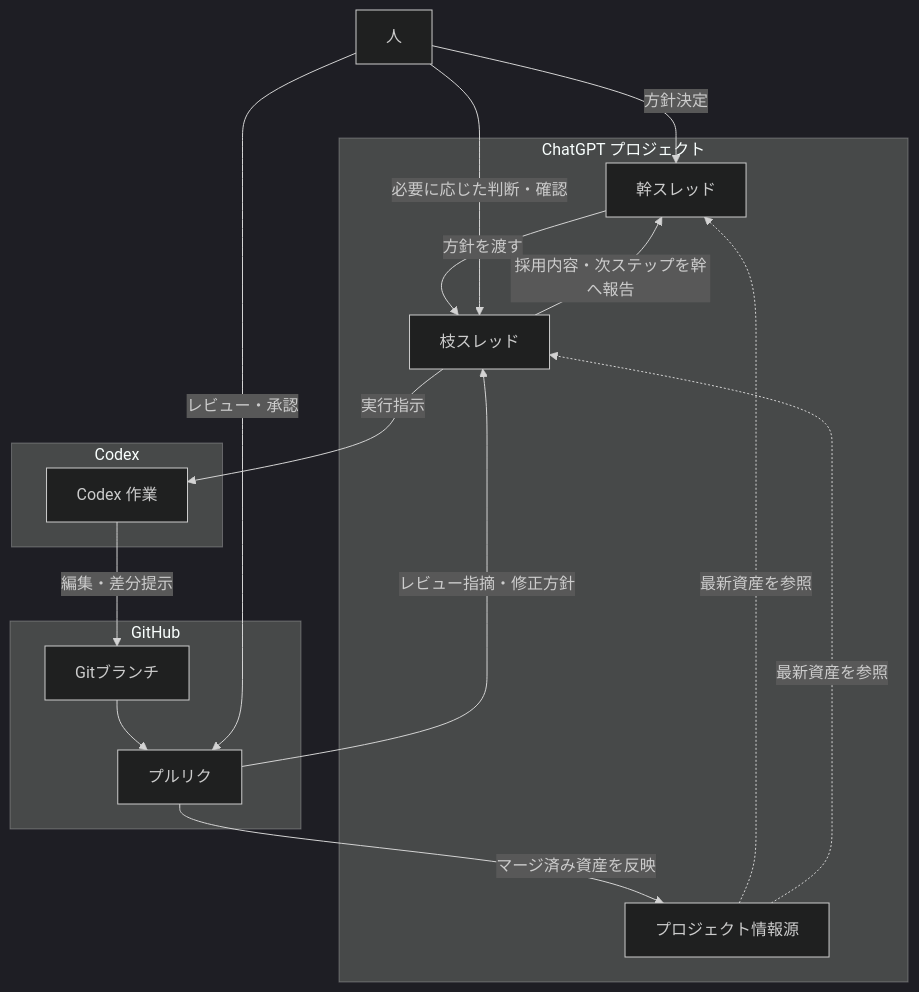
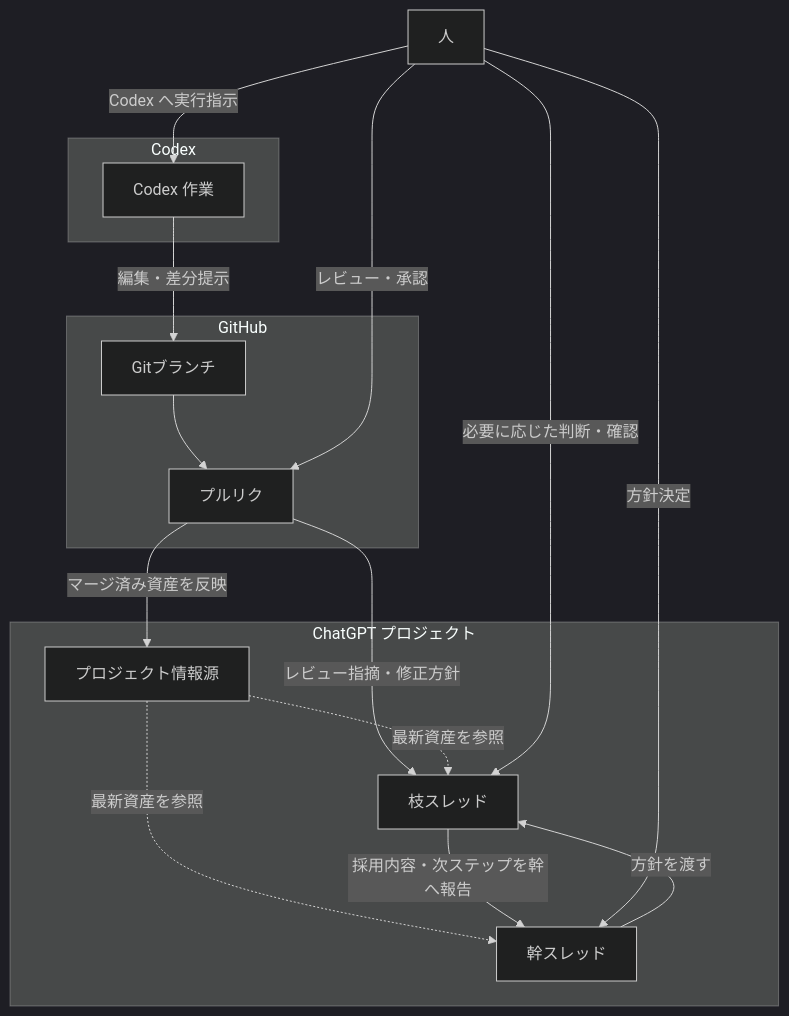
The diagram in docs/diagrams/01_operating_model.md (daisan-chan/chatgpt-codex-playbook), drawn with Mermaid (dark theme) before and after one commit. The commit also changed other lines of this file, not shown here.

Commit message:
Clarify human as executor-instruction owner for Codex

````diff
--- a/docs/diagrams/01_operating_model.md
+++ b/docs/diagrams/01_operating_model.md
@@ -5,33 +5,33 @@
 ```mermaid
 flowchart TB
     H[人]
 
     subgraph S1[ChatGPT プロジェクト]
         M[幹スレッド]
         B[枝スレッド]
         A[プロジェクト情報源]
     end
 
     subgraph S2[Codex]
         X[Codex 作業]
     end
 
     subgraph S3[GitHub]
         G[Gitブランチ]
         P[プルリク]
     end
 
     M -->|方針を渡す| B
-    B -->|実行指示| X
+    H -->|Codex へ実行指示| X
     X -->|編集・差分提示| G
     G --> P
     P -->|レビュー指摘・修正方針| B
     P -->|マージ済み資産を反映| A
     A -.->|最新資産を参照| M
     A -.->|最新資産を参照| B
     B -->|採用内容・次ステップを幹へ報告| M
 
     H -->|方針決定| M
     H -->|必要に応じた判断・確認| B
     H -->|レビュー・承認| P
 ```
````
